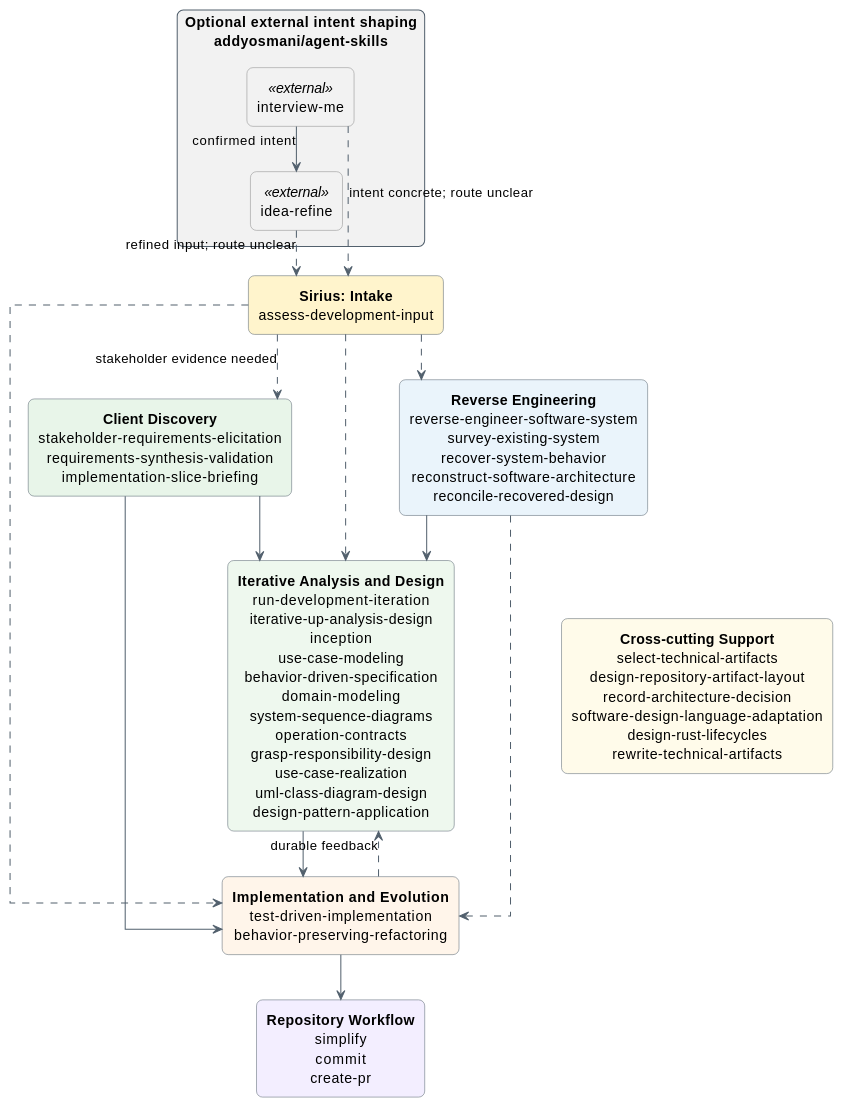
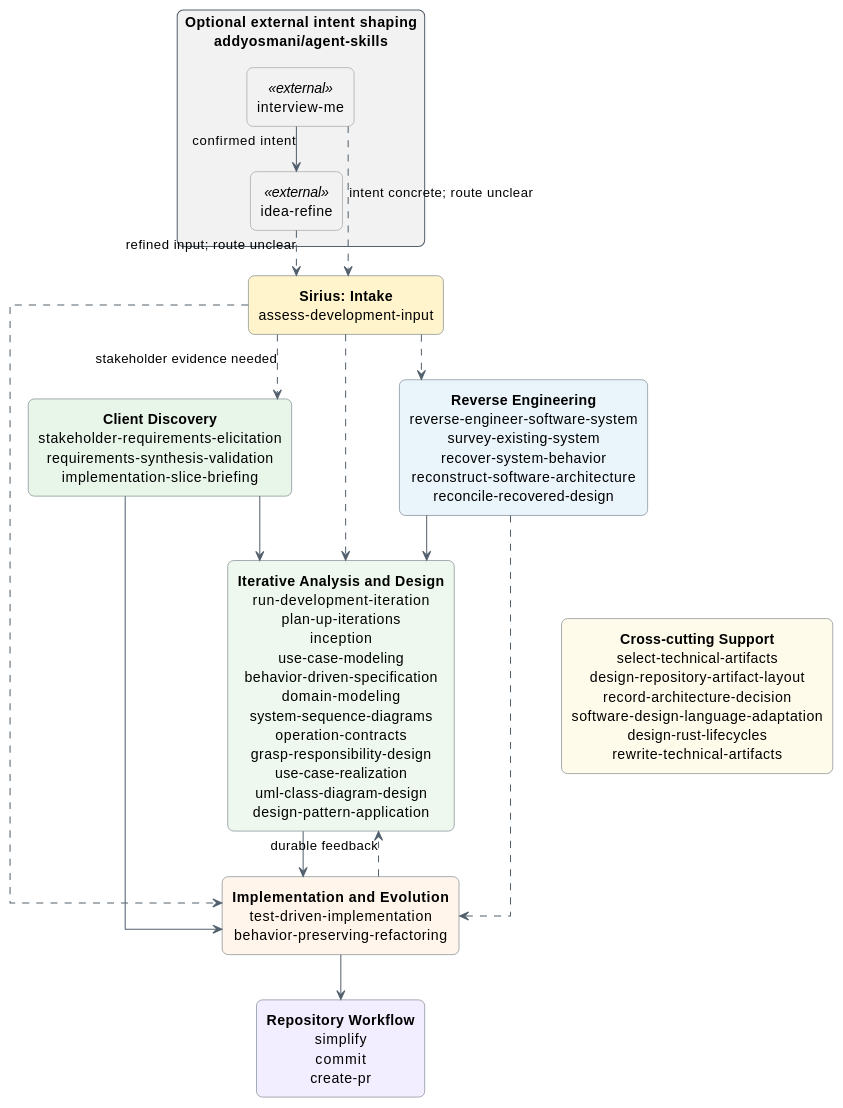
One commit to sirius-cc-wu/sirius-skills changed the first of 5 diagrams in catalog/skill-relationships.md. Above: the diagram before and after it, drawn with PlantUML. The commit also changed other lines of this file and 55 other files, not shown here.

````diff
--- a/catalog/skill-relationships.md
+++ b/catalog/skill-relationships.md
@@ -15,62 +15,62 @@
 ```plantuml
 @startuml sirius-skills-birds-eye
 top to bottom direction
 
 skinparam backgroundColor #FFFFFF
 skinparam shadowing false
 skinparam packageStyle rectangle
 skinparam linetype ortho
 skinparam defaultFontName Arial
 skinparam defaultTextAlignment center
 skinparam ArrowColor #52606D
 skinparam nodesep 35
 skinparam ranksep 45
 skinparam rectangle {
   BackgroundColor #FFFFFF
   BorderColor #52606D
   RoundCorner 12
 }
 skinparam rectangle<<external>> {
   BackgroundColor #F2F2F2
   BorderColor #888888
 }
 
 package "Optional external intent shaping\naddyosmani/agent-skills" as addy #F2F2F2 {
   rectangle "interview-me" as addyInterview <<external>>
   rectangle "idea-refine" as addyIdea <<external>>
 }
 
 rectangle "**Sirius: Intake**\nassess-development-input" as assess #FFF4CC
 
 rectangle "**Client Discovery**\nstakeholder-requirements-elicitation\nrequirements-synthesis-validation\nimplementation-slice-briefing" as discovery #E8F5E9
 
 rectangle "**Reverse Engineering**\nreverse-engineer-software-system\nsurvey-existing-system\nrecover-system-behavior\nreconstruct-software-architecture\nreconcile-recovered-design" as reverse #EAF4FB
 
-rectangle "**Iterative Analysis and Design**\nrun-development-iteration\niterative-up-analysis-design\ninception\nuse-case-modeling\nbehavior-driven-specification\ndomain-modeling\nsystem-sequence-diagrams\noperation-contracts\ngrasp-responsibility-design\nuse-case-realization\numl-class-diagram-design\ndesign-pattern-application" as design #EEF8EE
+rectangle "**Iterative Analysis and Design**\nrun-development-iteration\nplan-up-iterations\ninception\nuse-case-modeling\nbehavior-driven-specification\ndomain-modeling\nsystem-sequence-diagrams\noperation-contracts\ngrasp-responsibility-design\nuse-case-realization\numl-class-diagram-design\ndesign-pattern-application" as design #EEF8EE
 
 rectangle "**Implementation and Evolution**\ntest-driven-implementation\nbehavior-preserving-refactoring" as implementation #FFF5EA
 
 rectangle "**Repository Workflow**\nsimplify\ncommit\ncreate-pr" as repository #F3EEFF
 
 rectangle "**Cross-cutting Support**\nselect-technical-artifacts\ndesign-repository-artifact-layout\nrecord-architecture-decision\nsoftware-design-language-adaptation\ndesign-rust-lifecycles\nrewrite-technical-artifacts" as support #FFFBEA
 
 assess -[hidden]right-> discovery
 discovery -[hidden]right-> reverse
 design -[hidden]right-> support
 
 addyInterview --> addyIdea : confirmed intent
 addyIdea ..> assess : refined input; route unclear
 addyInterview ..> assess : intent concrete; route unclear
 assess ..> discovery : stakeholder evidence needed
 assess ..> reverse
 assess ..> design
 assess ..> implementation
 discovery --> design
 discovery --> implementation
 reverse --> design
 reverse ..> implementation
 design --> implementation
 implementation ..> design : durable feedback
 implementation --> repository
 @enduml
 ```
````
